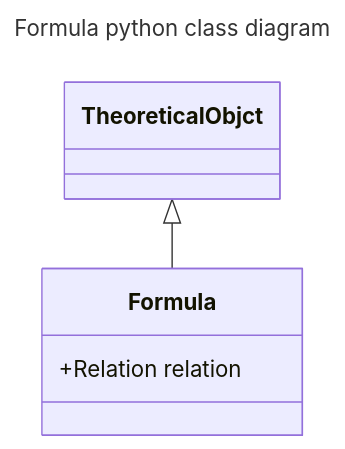
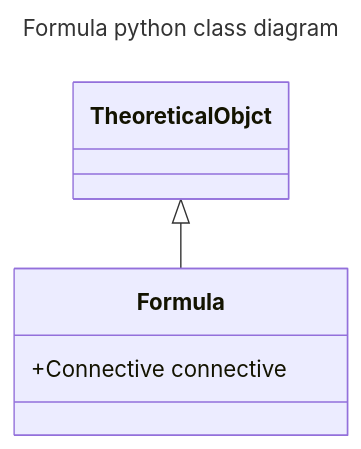
One commit to daviddoret/punctilious changed the diagram in project/docs_to_integrate/formula.md. Above: the diagram before and after it, drawn with Mermaid. The commit also changed other lines of this file and 121 other files, not shown here.

````diff
--- a/project/docs_to_integrate/formula.md
+++ b/project/docs_to_integrate/formula.md
@@ -17,12 +17,12 @@
 ```mermaid
 ---
 title: Formula python class diagram
 ---
 classDiagram
     TheoreticalObjct <|-- Formula
     class Formula {
-        +Relation relation
+        +Connective connective
     }
     class TheoreticalObjct {
     }
 ```
````
